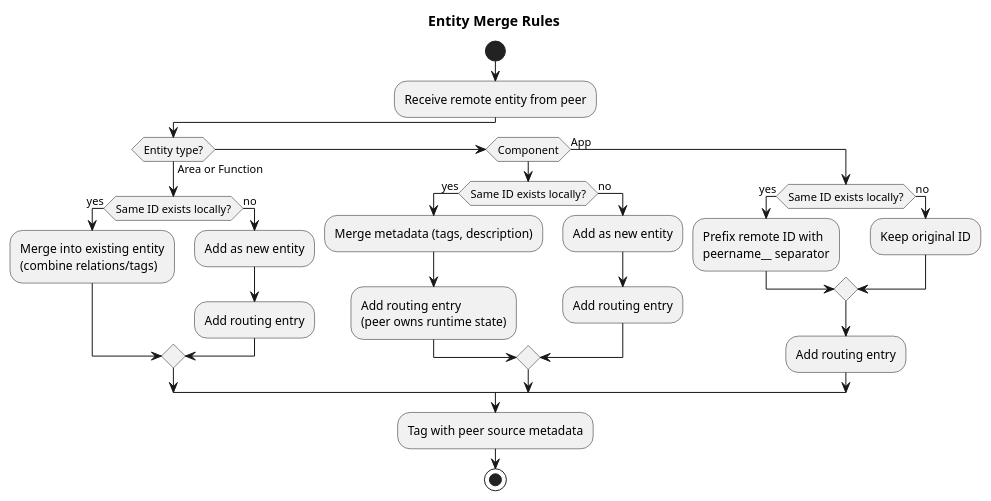
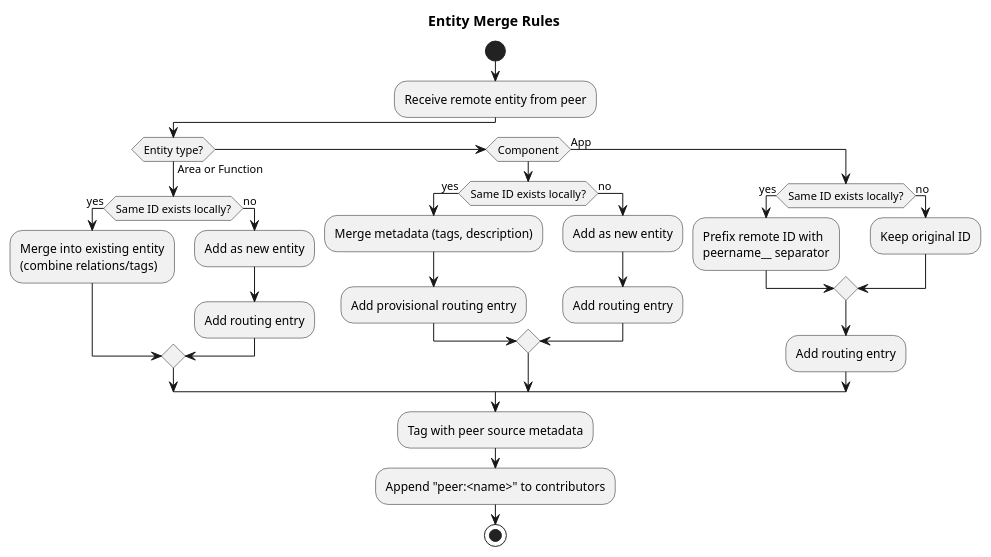
One commit to selfpatch/ros2_medkit changed the third of 5 diagrams in src/ros2_medkit_gateway/design/aggregation.rst. Above: the diagram before and after it, drawn with PlantUML. The commit also changed other lines of this file, not shown here.

```diff
--- a/src/ros2_medkit_gateway/design/aggregation.rst
+++ b/src/ros2_medkit_gateway/design/aggregation.rst
@@ -184,36 +184,37 @@
 .. plantuml::
    :caption: Entity Merge Logic by Type
 
    @startuml entity_merge
 
    title Entity Merge Rules
 
    start
    :Receive remote entity from peer;
    if (Entity type?) then (Area or Function)
        if (Same ID exists locally?) then (yes)
            :Merge into existing entity\n(combine relations/tags);
        else (no)
            :Add as new entity;
            :Add routing entry;
        endif
    elseif (Component) then
        if (Same ID exists locally?) then (yes)
            :Merge metadata (tags, description);
-           :Add routing entry\n(peer owns runtime state);
+           :Add provisional routing entry;
        else (no)
            :Add as new entity;
            :Add routing entry;
        endif
    else (App)
        if (Same ID exists locally?) then (yes)
            :Prefix remote ID with\npeername__ separator;
        else (no)
            :Keep original ID;
        endif
        :Add routing entry;
    endif
    :Tag with peer source metadata;
+   :Append "peer:<name>" to contributors;
    stop
 
    @enduml
```
